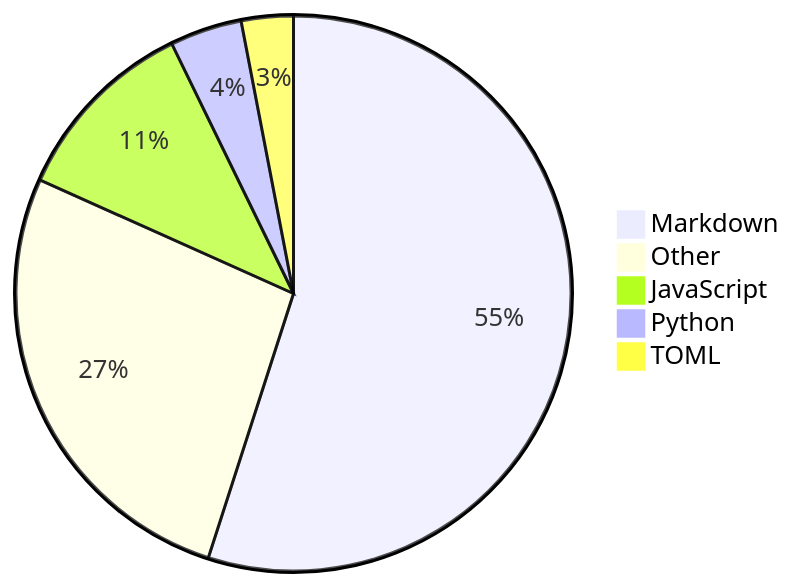
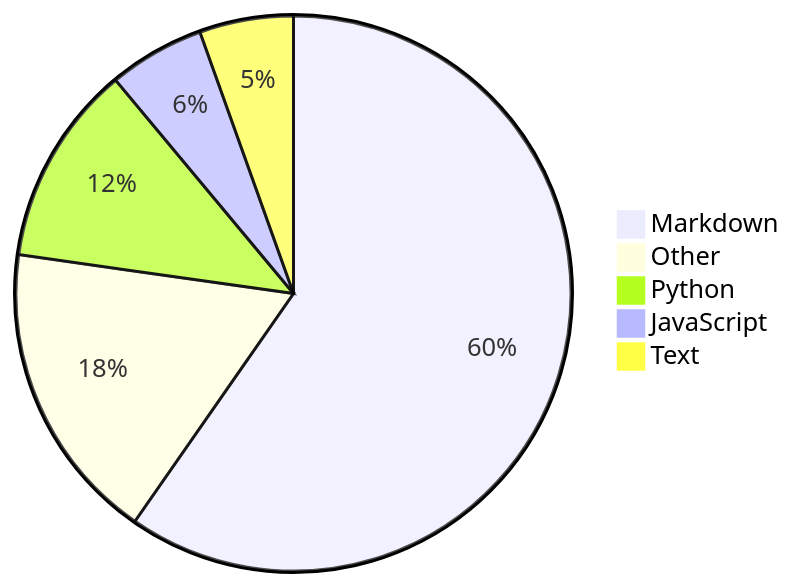
One commit to Alicia111/alicia111 changed the diagram in README.md. Above: the diagram before and after it, drawn with Mermaid.

Commit message:
Update WakaTime stats (・ω・)b

````diff
--- a/README.md
+++ b/README.md
@@ -32,8 +32,8 @@
 ```mermaid
 pie
-    "Markdown" : 52.71
-    "Other" : 25.64
-    "JavaScript" : 10.63
-    "Python" : 4.02
-    "TOML" : 2.9
+    "Markdown" : 58.05
+    "Other" : 17.08
+    "Python" : 11.38
+    "JavaScript" : 5.44
+    "Text" : 5.32
 ```
````
